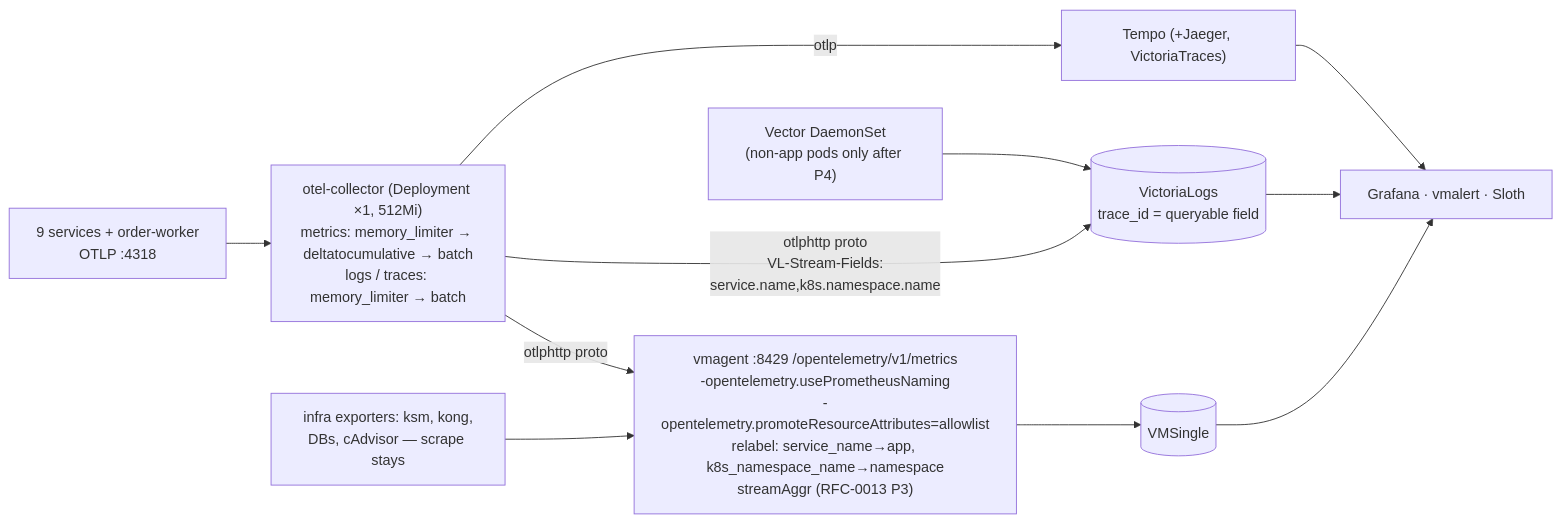
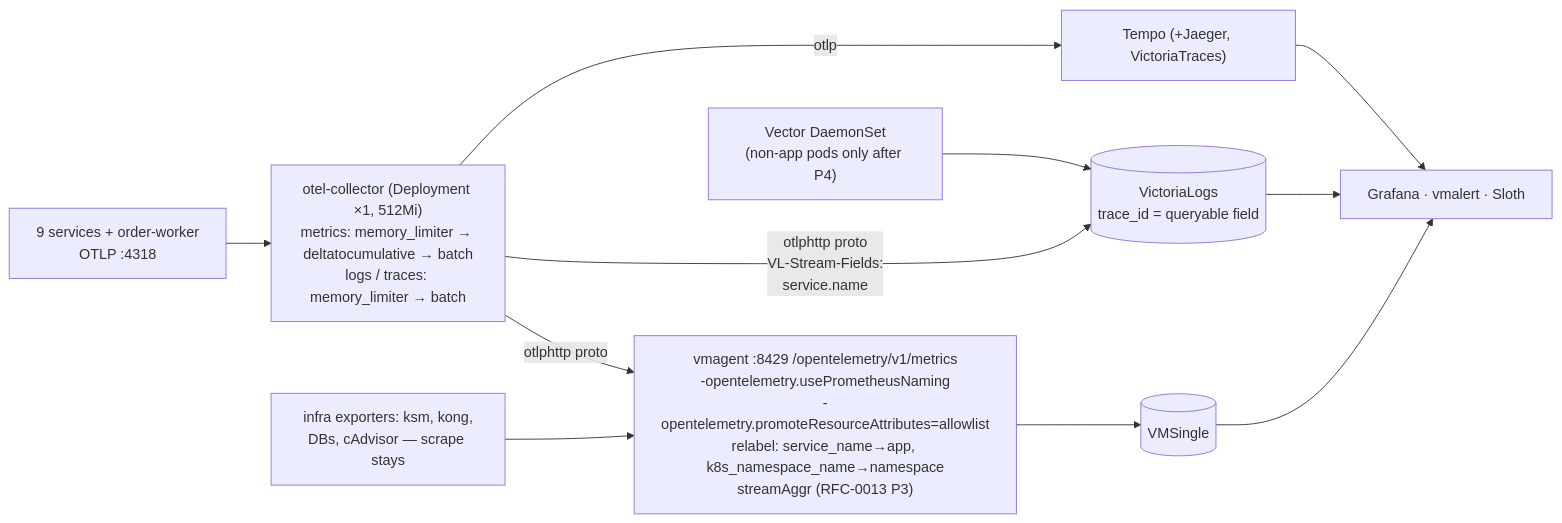
Before and after one commit to duynhlab/homelab: the third of 4 diagrams in docs/proposals/rfc/RFC-0014/README.md, drawn with Mermaid. The commit also changed other lines of this file and 2 other files, not shown here.

````diff
--- a/docs/proposals/rfc/RFC-0014/README.md
+++ b/docs/proposals/rfc/RFC-0014/README.md
@@ -163,11 +163,11 @@
 ```mermaid
 flowchart LR
     S9["9 services + order-worker<br/>OTLP :4318"] --> RCV["otel-collector (Deployment ×1, 512Mi)<br/>metrics: memory_limiter → deltatocumulative → batch<br/>logs / traces: memory_limiter → batch"]
     RCV -->|"otlphttp proto"| VMA["vmagent :8429 /opentelemetry/v1/metrics<br/>-opentelemetry.usePrometheusNaming<br/>-opentelemetry.promoteResourceAttributes=allowlist<br/>relabel: service_name→app, k8s_namespace_name→namespace<br/>streamAggr (RFC-0013 P3)"]
     VMA --> VMS[("VMSingle")]
-    RCV -->|"otlphttp proto<br/>VL-Stream-Fields:<br/>service.name,k8s.namespace.name"| VL[("VictoriaLogs<br/>trace_id = queryable field")]
+    RCV -->|"otlphttp proto<br/>VL-Stream-Fields:<br/>service.name"| VL[("VictoriaLogs<br/>trace_id = queryable field")]
     RCV -->|otlp| TMP["Tempo (+Jaeger, VictoriaTraces)"]
     VEC["Vector DaemonSet<br/>(non-app pods only after P4)"] --> VL
     INF["infra exporters: ksm, kong,<br/>DBs, cAdvisor — scrape stays"] --> VMA
     VMS & VL & TMP --> GRAF["Grafana · vmalert · Sloth"]
 ```
````
